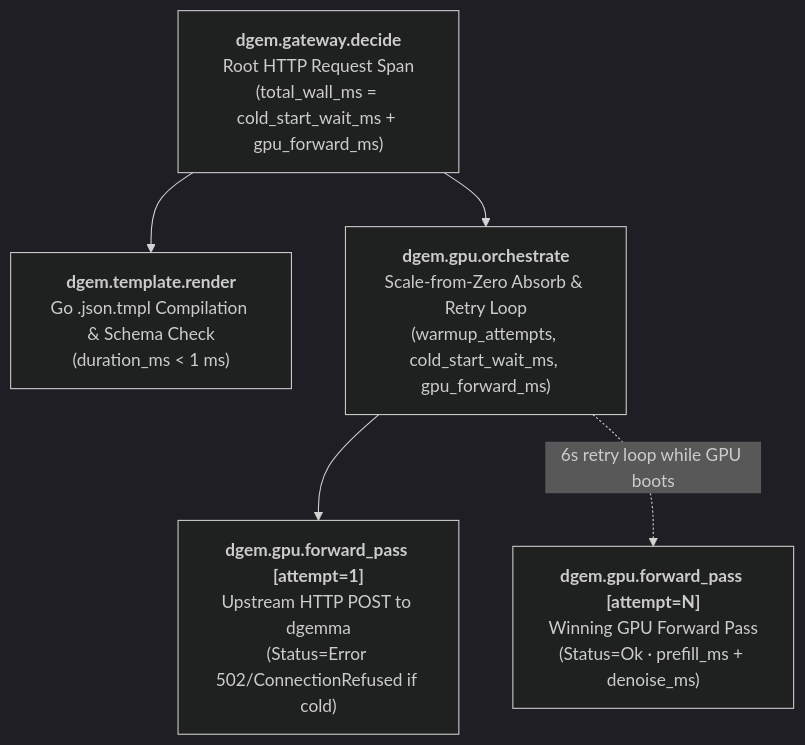
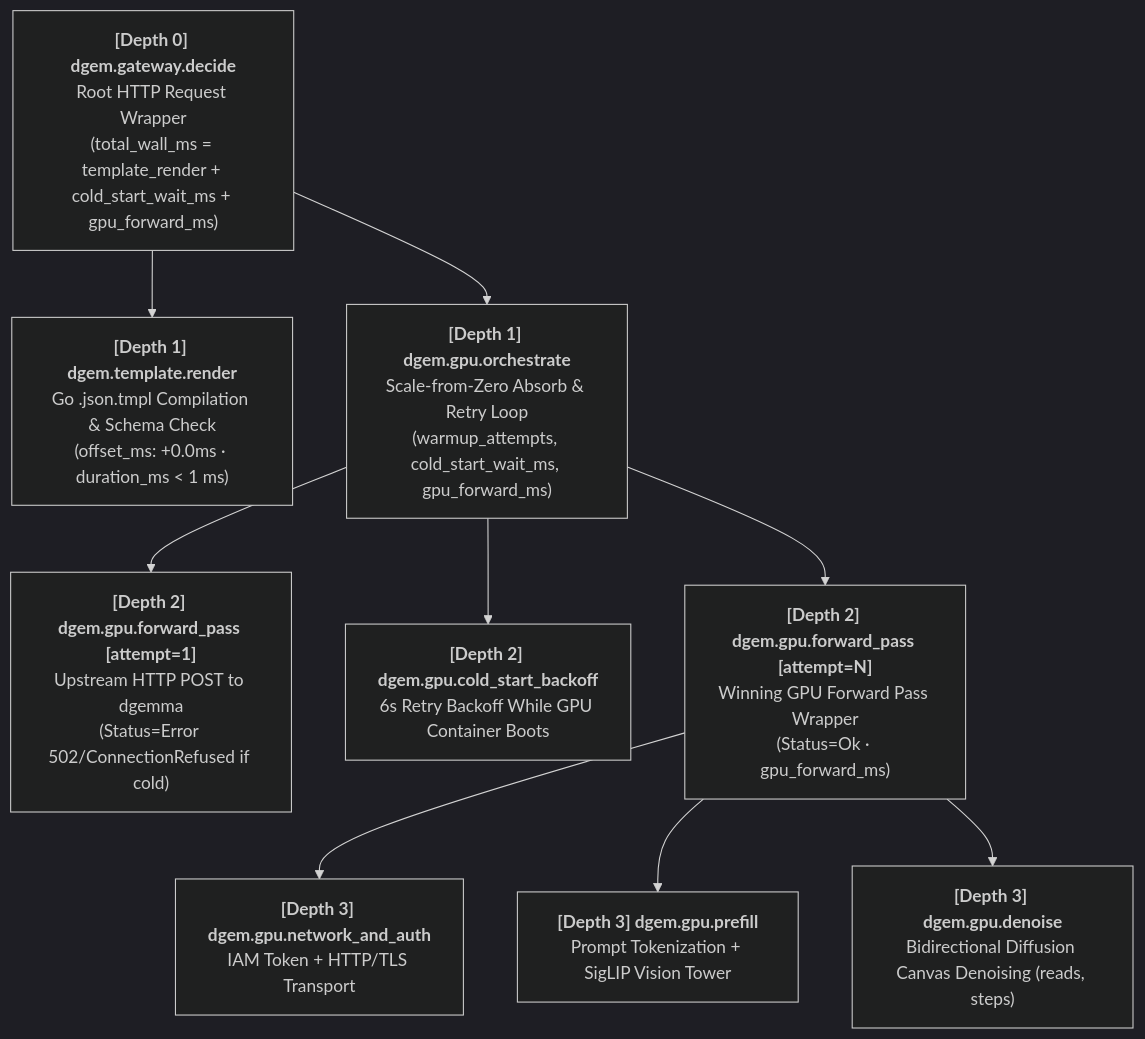
Before and after one commit to ghchinoy/dgem: the diagram in docs-site/src/content/docs/observability-traces.md, drawn with Mermaid (dark theme). The commit also changed other lines of this file and 7 other files, not shown here.

Commit message:
feat(otel,studio): hierarchical Gantt trace waterfall with prefill/denoise/backoff sub-spans

````diff
--- a/docs-site/src/content/docs/observability-traces.md
+++ b/docs-site/src/content/docs/observability-traces.md
@@ -18,13 +18,21 @@
 ```mermaid
 flowchart TD
-    Root["<b>dgem.gateway.decide</b><br/>Root HTTP Request Span<br/>(total_wall_ms = cold_start_wait_ms + gpu_forward_ms)"]
-    Render["<b>dgem.template.render</b><br/>Go .json.tmpl Compilation & Schema Check<br/>(duration_ms &lt; 1 ms)"]
-    Orch["<b>dgem.gpu.orchestrate</b><br/>Scale-from-Zero Absorb & Retry Loop<br/>(warmup_attempts, cold_start_wait_ms, gpu_forward_ms)"]
-    Pass1["<b>dgem.gpu.forward_pass [attempt=1]</b><br/>Upstream HTTP POST to dgemma<br/>(Status=Error 502/ConnectionRefused if cold)"]
-    PassN["<b>dgem.gpu.forward_pass [attempt=N]</b><br/>Winning GPU Forward Pass<br/>(Status=Ok · prefill_ms + denoise_ms)"]
+    Root["<b>[Depth 0] dgem.gateway.decide</b><br/>Root HTTP Request Wrapper<br/>(total_wall_ms = template_render + cold_start_wait_ms + gpu_forward_ms)"]
+    Render["<b>[Depth 1] dgem.template.render</b><br/>Go .json.tmpl Compilation & Schema Check<br/>(offset_ms: +0.0ms · duration_ms &lt; 1 ms)"]
+    Orch["<b>[Depth 1] dgem.gpu.orchestrate</b><br/>Scale-from-Zero Absorb & Retry Loop<br/>(warmup_attempts, cold_start_wait_ms, gpu_forward_ms)"]
+    Pass1["<b>[Depth 2] dgem.gpu.forward_pass [attempt=1]</b><br/>Upstream HTTP POST to dgemma<br/>(Status=Error 502/ConnectionRefused if cold)"]
+    Backoff["<b>[Depth 2] dgem.gpu.cold_start_backoff</b><br/>6s Retry Backoff While GPU Container Boots"]
+    PassN["<b>[Depth 2] dgem.gpu.forward_pass [attempt=N]</b><br/>Winning GPU Forward Pass Wrapper<br/>(Status=Ok · gpu_forward_ms)"]
+    Net["<b>[Depth 3] dgem.gpu.network_and_auth</b><br/>IAM Token + HTTP/TLS Transport"]
+    Prefill["<b>[Depth 3] dgem.gpu.prefill</b><br/>Prompt Tokenization + SigLIP Vision Tower"]
+    Denoise["<b>[Depth 3] dgem.gpu.denoise</b><br/>Bidirectional Diffusion Canvas Denoising (reads, steps)"]
 
     Root --> Render
     Root --> Orch
     Orch --> Pass1
-    Orch -. "6s retry loop while GPU boots" .-> PassN
+    Orch --> Backoff
+    Orch --> PassN
+    PassN --> Net
+    PassN --> Prefill
+    PassN --> Denoise
 ```
````
